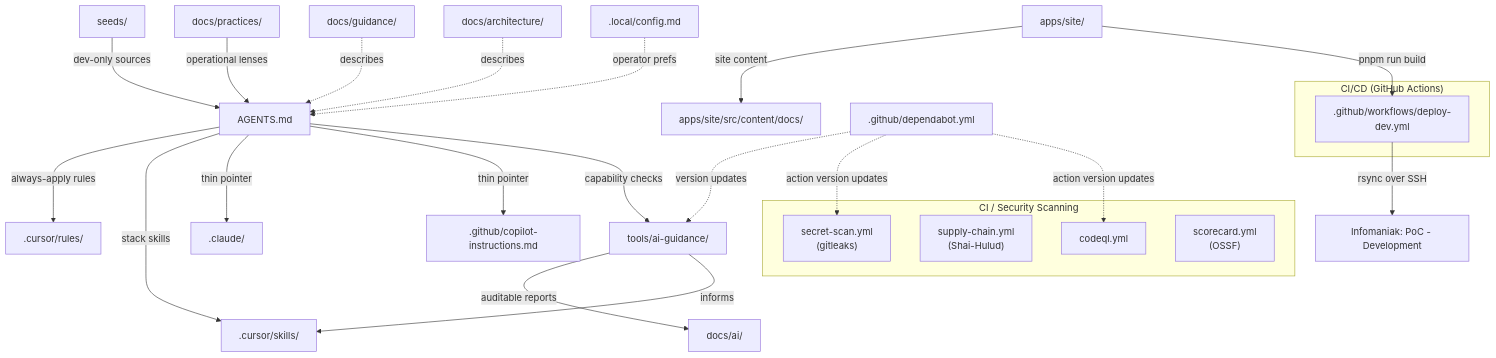
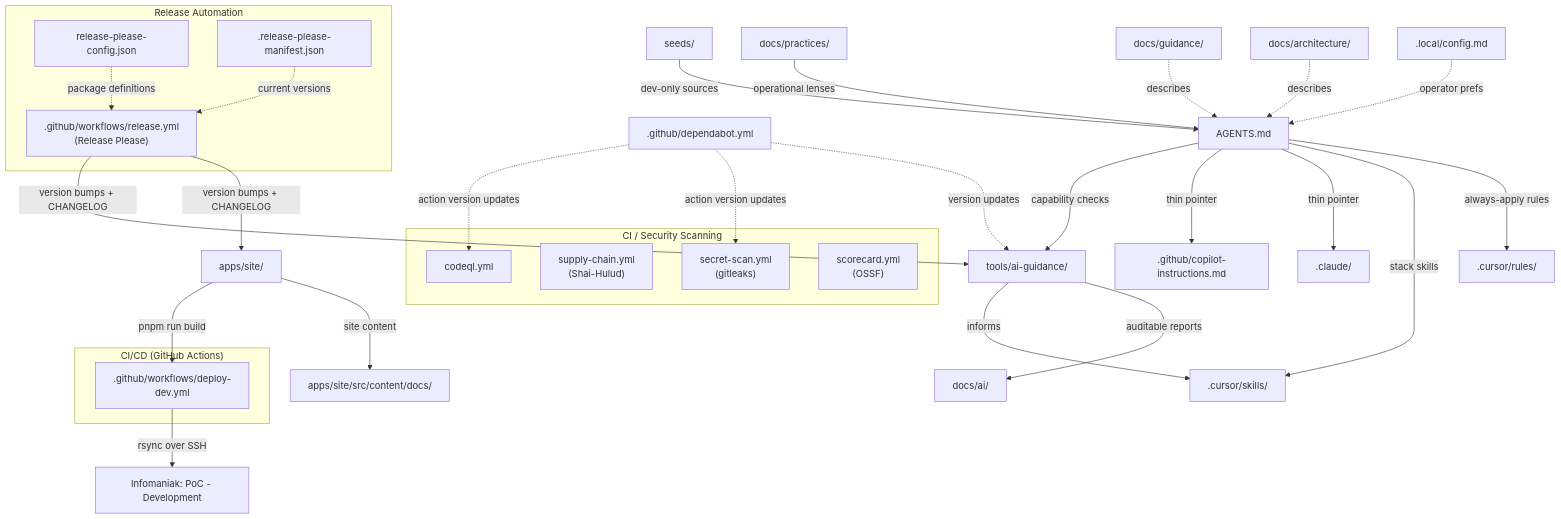
One commit to Mikeys-Tech-Lab/poc changed the diagram in docs/architecture/workspace.md. Above: the diagram before and after it, drawn with Mermaid. The commit also changed other lines of this file and 5 other files, not shown here.

First line of the commit message:
feat(infra): add automated versioning with Release Please (#6)

````diff
--- a/docs/architecture/workspace.md
+++ b/docs/architecture/workspace.md
@@ -23,38 +23,48 @@
 ```mermaid
 flowchart TD
   Seeds[seeds/] -->|"dev-only sources"| Agents[AGENTS.md]
   Practices["docs/practices/"] -->|"operational lenses"| Agents
 
   Agents -->|"always-apply rules"| CursorRules[.cursor/rules/]
   Agents -->|"stack skills"| CursorSkills[.cursor/skills/]
   Agents -->|"thin pointer"| Claude[.claude/]
   Agents -->|"thin pointer"| Copilot[.github/copilot-instructions.md]
 
   Agents -->|"capability checks"| Tooling[tools/ai-guidance/]
   Tooling -->|"auditable reports"| DocsAI[docs/ai/]
   Tooling -->|"informs"| CursorSkills
 
   Guidance[docs/guidance/] -.->|"describes"| Agents
   Architecture[docs/architecture/] -.->|"describes"| Agents
 
   LocalConfig[".local/config.md"] -.->|"operator prefs"| Agents
   Dependabot[".github/dependabot.yml"] -.->|"version updates"| Tooling
 
   AstroSite[apps/site/] -->|"site content"| SiteDocs["apps/site/src/content/docs/"]
 
   subgraph "CI/CD (GitHub Actions)"
     DeployDev[".github/workflows/deploy-dev.yml"]
   end
 
   subgraph "CI / Security Scanning"
     SecretScan["secret-scan.yml\n(gitleaks)"]
     SupplyChain["supply-chain.yml\n(Shai-Hulud)"]
     CodeQL["codeql.yml"]
     ScoreCard["scorecard.yml\n(OSSF)"]
   end
 
+  subgraph "Release Automation"
+    ReleasePlease[".github/workflows/release.yml\n(Release Please)"]
+    RPConfig["release-please-config.json"]
+    RPManifest[".release-please-manifest.json"]
+  end
+
   AstroSite -->|"pnpm run build"| DeployDev
   DeployDev -->|"rsync over SSH"| InfomaniakDev["Infomaniak: PoC - Development"]
   Dependabot -.->|"action version updates"| SecretScan
   Dependabot -.->|"action version updates"| CodeQL
+  RPConfig -.->|"package definitions"| ReleasePlease
+  RPManifest -.->|"current versions"| ReleasePlease
+  ReleasePlease -->|"version bumps + CHANGELOG"| AstroSite
+  ReleasePlease -->|"version bumps + CHANGELOG"| Tooling
 ```
````
